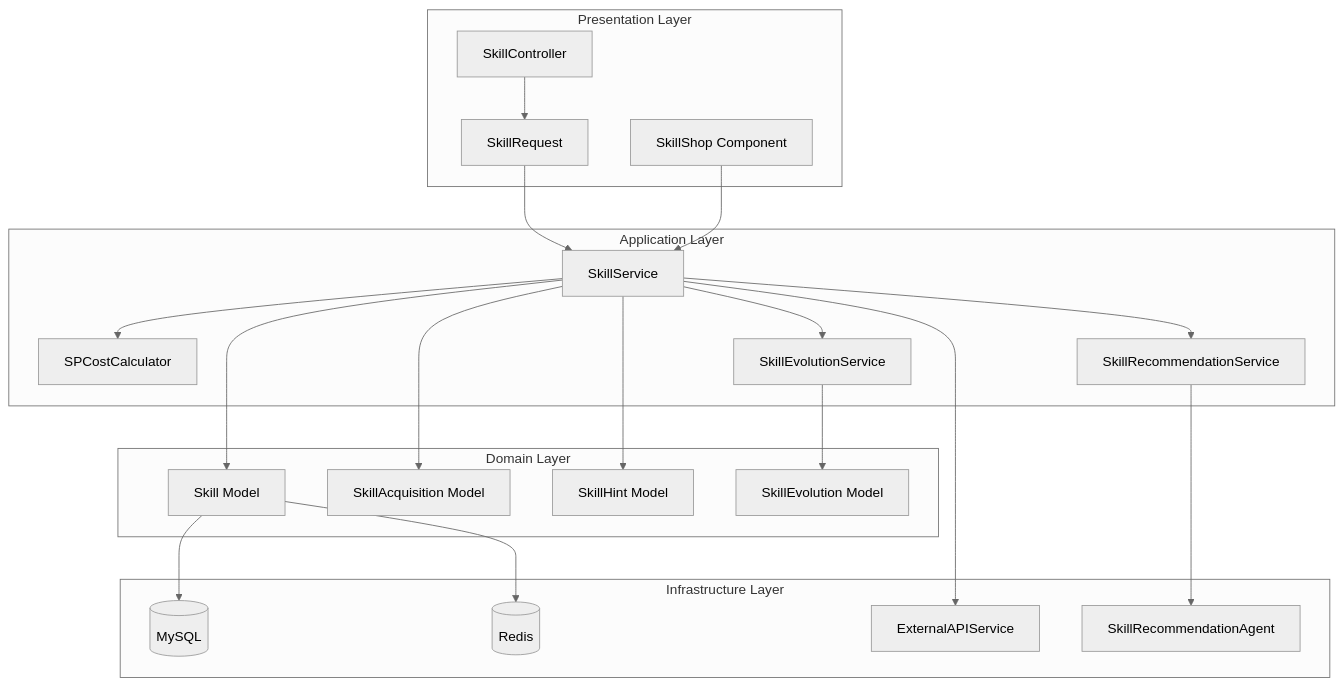
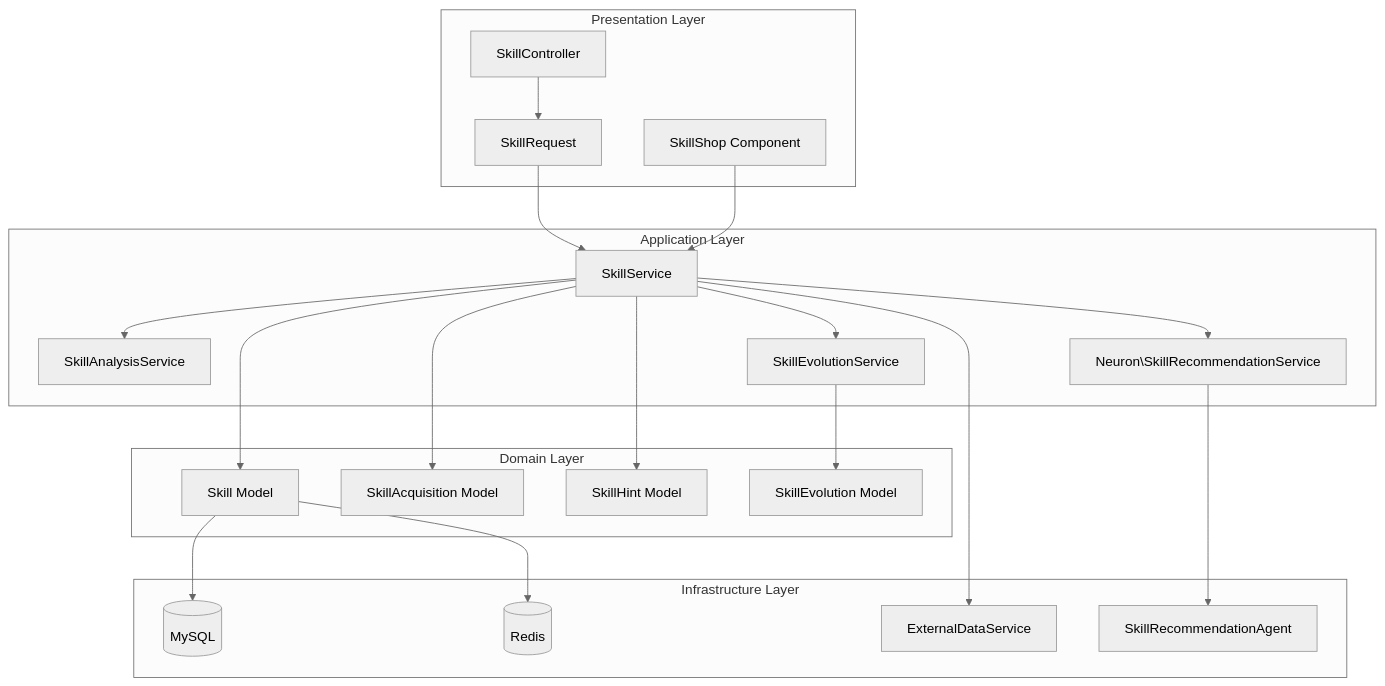
One commit to exatfrds67/umamusume-career-planner changed the diagram in docs/02-specs/SPEC-004_Skill_Management_Technical.md. Above: the diagram before and after it, drawn with Mermaid (neutral theme). The commit also changed other lines of this file and 111 other files, not shown here.

````diff
--- a/docs/02-specs/SPEC-004_Skill_Management_Technical.md
+++ b/docs/02-specs/SPEC-004_Skill_Management_Technical.md
@@ -134,49 +134,49 @@
 ```mermaid
 graph TB
     subgraph "Presentation Layer"
         API[SkillController]
         Livewire[SkillShop Component]
         FormRequest[SkillRequest]
     end
 
     subgraph "Application Layer"
         SkillSvc[SkillService]
-        CostCalc[SPCostCalculator]
+        CostCalc[SkillAnalysisService]
         EvolutionSvc[SkillEvolutionService]
-        RecommendSvc[SkillRecommendationService]
+        RecommendSvc[Neuron\SkillRecommendationService]
     end
 
     subgraph "Domain Layer"
         SkillModel[Skill Model]
         Acquisition[SkillAcquisition Model]
         Hint[SkillHint Model]
         Evolution[SkillEvolution Model]
     end
 
     subgraph "Infrastructure Layer"
         DB[(MySQL)]
         Cache[(Redis)]
-        External[ExternalAPIService]
+        External[ExternalDataService]
         NeuronAI[SkillRecommendationAgent]
     end
 
     API --> FormRequest
     FormRequest --> SkillSvc
     Livewire --> SkillSvc
     
     SkillSvc --> CostCalc
     SkillSvc --> EvolutionSvc
     SkillSvc --> RecommendSvc
     
     RecommendSvc --> NeuronAI
     
     SkillSvc --> SkillModel
     SkillSvc --> Acquisition
     SkillSvc --> Hint
     EvolutionSvc --> Evolution
     
     SkillModel --> DB
     SkillModel --> Cache
     
     SkillSvc --> External
 ```
````
